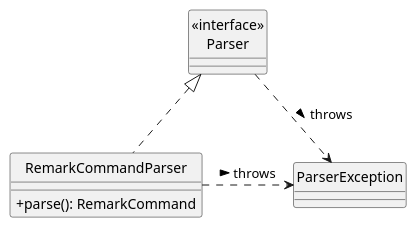
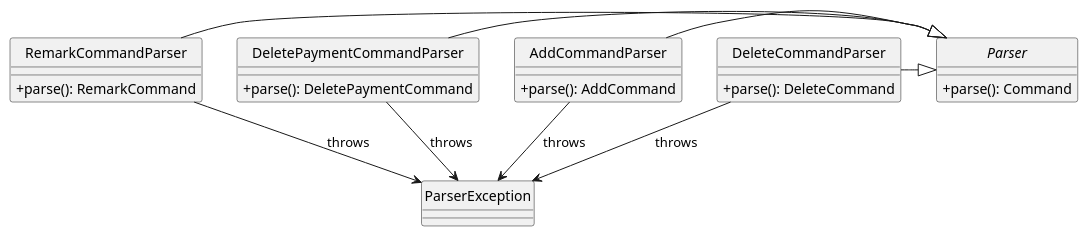
The diagram in diagrams/add-remark/ParserClass.puml (AY2526S1-CS2103T-W11-2/tp), drawn with PlantUML before and after one commit. The commit also changed 30 other files, not shown here.

```diff
--- a/diagrams/add-remark/ParserClass.puml
+++ b/diagrams/add-remark/ParserClass.puml
@@ -1,14 +1,41 @@
 @startuml
 hide circle
 skinparam classAttributeIconSize 0
 
-Class "<<interface>>\nParser" as Parser
-Class RemarkCommandParser {
-  +parse(): RemarkCommand
+' ===== Interface =====
+interface Parser {
+    +parse(): Command
 }
-Class ParserException
 
-RemarkCommandParser .up.|> Parser
-Parser .right.> ParserException: throws >
-RemarkCommandParser .right.> ParserException: throws >
+' ===== Exception =====
+class ParserException
+
+' ===== Parsers =====
+class RemarkCommandParser {
+    +parse(): RemarkCommand
+}
+
+class DeletePaymentCommandParser {
+    +parse(): DeletePaymentCommand
+}
+
+class AddCommandParser {
+    +parse(): AddCommand
+}
+
+class DeleteCommandParser {
+    +parse(): DeleteCommand
+}
+
+' ===== Relationships =====
+RemarkCommandParser -|> Parser
+DeletePaymentCommandParser -|> Parser
+AddCommandParser -|> Parser
+DeleteCommandParser -|> Parser
+
+RemarkCommandParser --> ParserException : throws
+DeletePaymentCommandParser --> ParserException : throws
+AddCommandParser --> ParserException : throws
+DeleteCommandParser --> ParserException : throws
+
 @enduml
```
